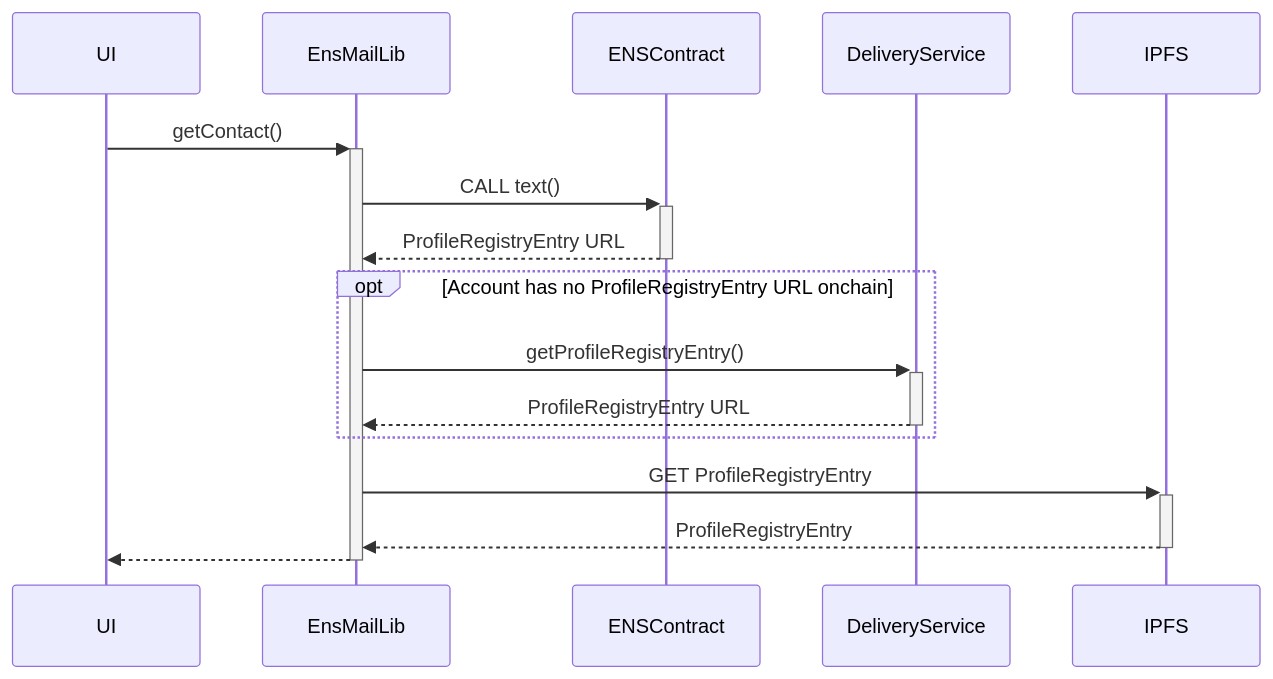
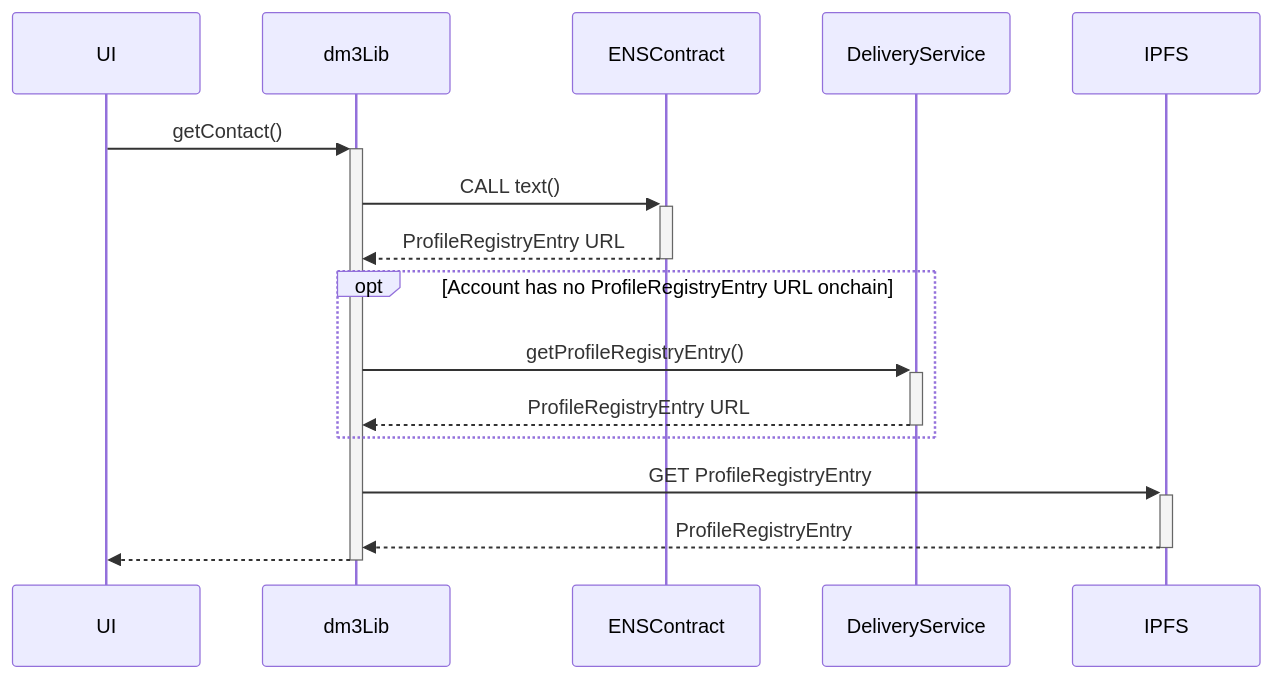
The third of 5 diagrams in README.md (dm3-org/dm3), drawn with Mermaid before and after one commit. The commit also changed other lines of this file and 206 other files, not shown here.

````diff
--- a/README.md
+++ b/README.md
@@ -109,13 +109,13 @@
 ```mermaid
   sequenceDiagram
-    UI->>+EnsMailLib: getContact()
-    EnsMailLib->>+ ENSContract : CALL text()
-    ENSContract-->>- EnsMailLib: ProfileRegistryEntry URL
+    UI->>+dm3Lib: getContact()
+    dm3Lib->>+ ENSContract : CALL text()
+    ENSContract-->>- dm3Lib: ProfileRegistryEntry URL
     opt Account has no ProfileRegistryEntry URL onchain
-        EnsMailLib->>+ DeliveryService: getProfileRegistryEntry()
-        DeliveryService-->>- EnsMailLib: ProfileRegistryEntry URL
+        dm3Lib->>+ DeliveryService: getProfileRegistryEntry()
+        DeliveryService-->>- dm3Lib: ProfileRegistryEntry URL
     end
-    EnsMailLib->>+ IPFS : GET ProfileRegistryEntry
-    IPFS-->>- EnsMailLib: ProfileRegistryEntry
-    EnsMailLib-->>-UI: 
+    dm3Lib->>+ IPFS : GET ProfileRegistryEntry
+    IPFS-->>- dm3Lib: ProfileRegistryEntry
+    dm3Lib-->>-UI: 
 ```
````
